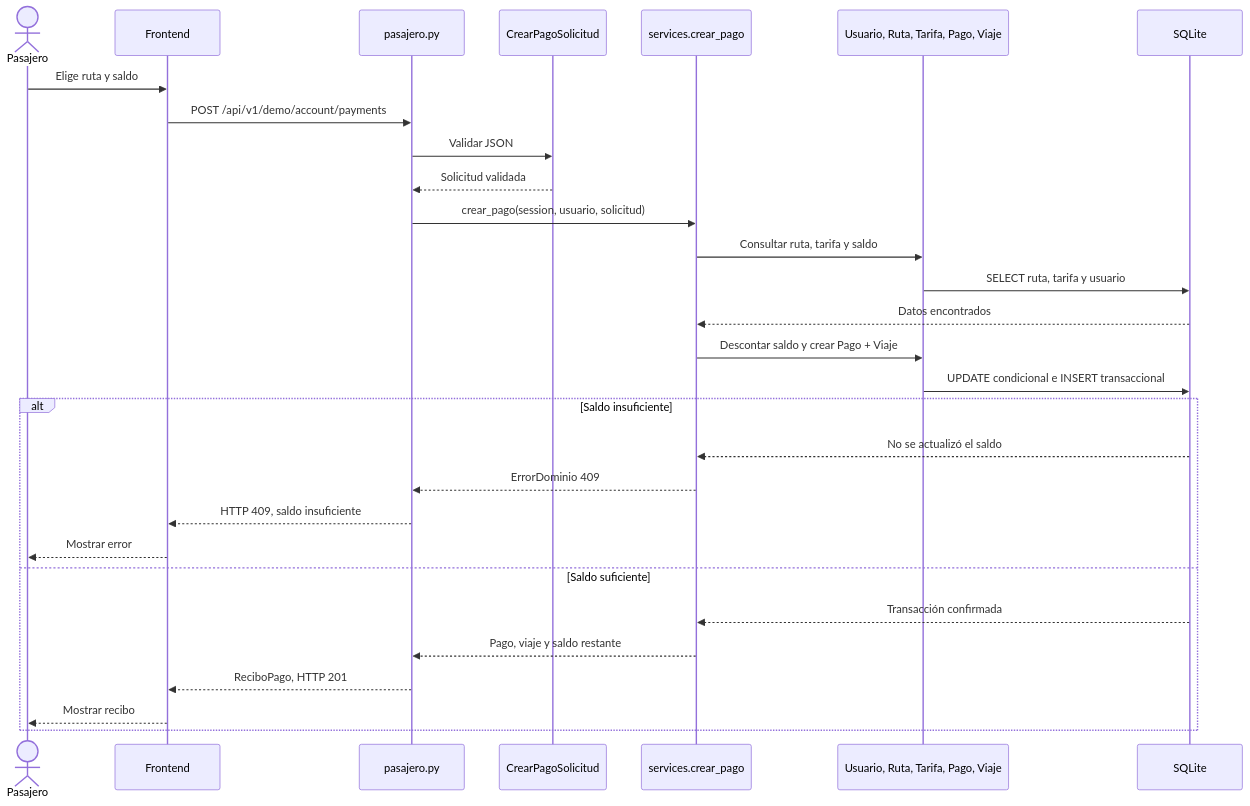
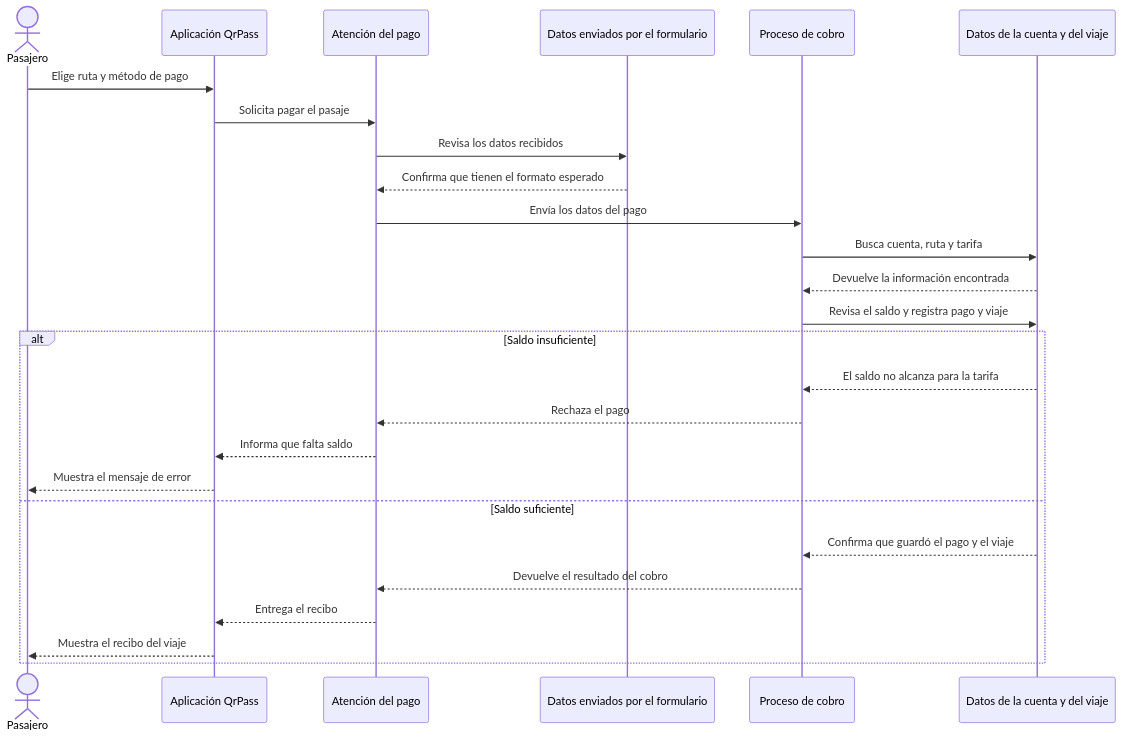
One commit to zNicolasDev/QrPass changed the first of 4 diagrams in backend/docs/uml_mvc_y_entregables.md. Above: the diagram before and after it, drawn with Mermaid. The commit also changed other lines of this file, not shown here.

First line of the commit message:
Simplifica los diagramas UML para la documentación

````diff
--- a/backend/docs/uml_mvc_y_entregables.md
+++ b/backend/docs/uml_mvc_y_entregables.md
@@ -22,31 +22,28 @@
 ```mermaid
 sequenceDiagram
     actor Pasajero
-    participant Vista as Frontend
-    participant Controlador as pasajero.py
-    participant DTO as CrearPagoSolicitud
-    participant Servicio as services.crear_pago
-    participant Modelo as Usuario, Ruta, Tarifa, Pago, Viaje
-    participant BD as SQLite
-    Pasajero->>Vista: Elige ruta y saldo
-    Vista->>Controlador: POST /api/v1/demo/account/payments
-    Controlador->>DTO: Validar JSON
-    DTO-->>Controlador: Solicitud validada
-    Controlador->>Servicio: crear_pago(session, usuario, solicitud)
-    Servicio->>Modelo: Consultar ruta, tarifa y saldo
-    Modelo->>BD: SELECT ruta, tarifa y usuario
-    BD-->>Servicio: Datos encontrados
-    Servicio->>Modelo: Descontar saldo y crear Pago + Viaje
-    Modelo->>BD: UPDATE condicional e INSERT transaccional
+    participant Aplicacion as Aplicación QrPass
+    participant Controlador as Atención del pago
+    participant Solicitud as Datos enviados por el formulario
+    participant Servicio as Proceso de cobro
+    participant Datos as Datos de la cuenta y del viaje
+    Pasajero->>Aplicacion: Elige ruta y método de pago
+    Aplicacion->>Controlador: Solicita pagar el pasaje
+    Controlador->>Solicitud: Revisa los datos recibidos
+    Solicitud-->>Controlador: Confirma que tienen el formato esperado
+    Controlador->>Servicio: Envía los datos del pago
+    Servicio->>Datos: Busca cuenta, ruta y tarifa
+    Datos-->>Servicio: Devuelve la información encontrada
+    Servicio->>Datos: Revisa el saldo y registra pago y viaje
     alt Saldo insuficiente
-        BD-->>Servicio: No se actualizó el saldo
-        Servicio-->>Controlador: ErrorDominio 409
-        Controlador-->>Vista: HTTP 409, saldo insuficiente
-        Vista-->>Pasajero: Mostrar error
+        Datos-->>Servicio: El saldo no alcanza para la tarifa
+        Servicio-->>Controlador: Rechaza el pago
+        Controlador-->>Aplicacion: Informa que falta saldo
+        Aplicacion-->>Pasajero: Muestra el mensaje de error
     else Saldo suficiente
-        BD-->>Servicio: Transacción confirmada
-        Servicio-->>Controlador: Pago, viaje y saldo restante
-        Controlador-->>Vista: ReciboPago, HTTP 201
-        Vista-->>Pasajero: Mostrar recibo
+        Datos-->>Servicio: Confirma que guardó el pago y el viaje
+        Servicio-->>Controlador: Devuelve el resultado del cobro
+        Controlador-->>Aplicacion: Entrega el recibo
+        Aplicacion-->>Pasajero: Muestra el recibo del viaje
     end
 ```
````
